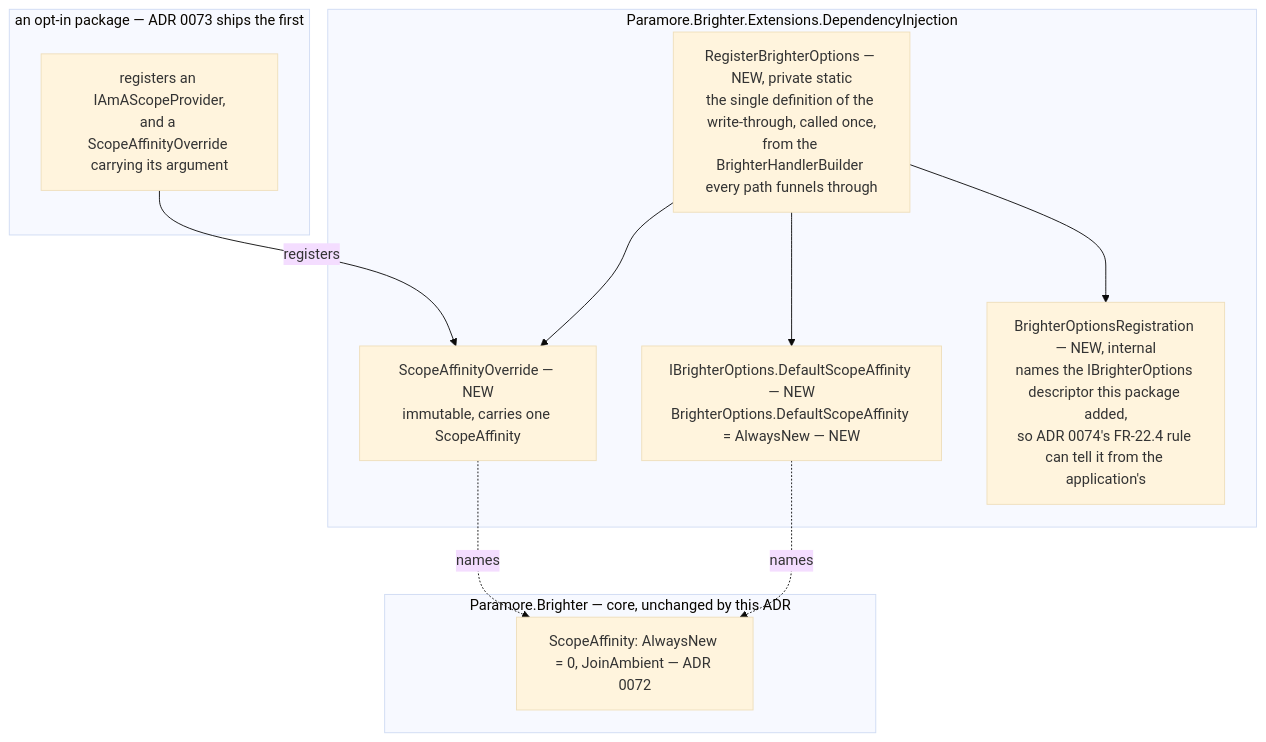
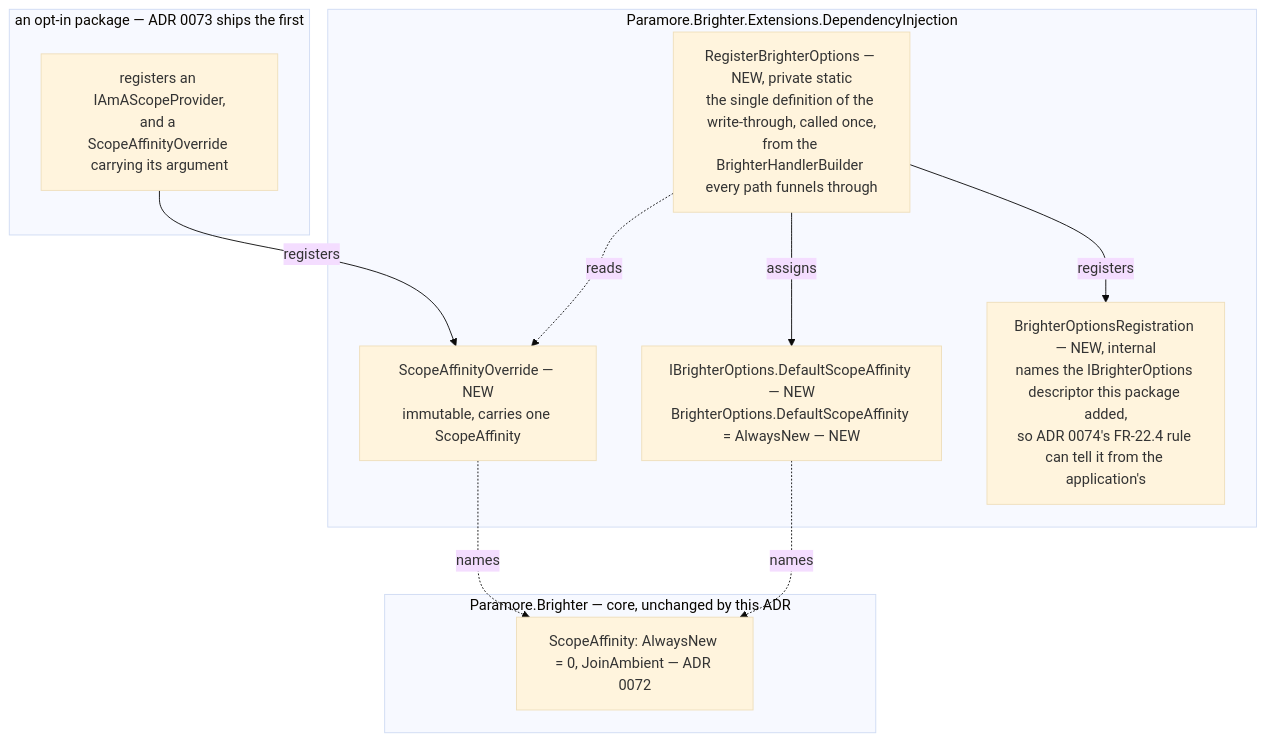
Before and after one commit to BrighterCommand/Brighter: the third of 3 diagrams in docs/adr/0076-scope-affinity-option-and-write-through.md, drawn with Mermaid (base theme). The commit also changed other lines of this file, not shown here.

````diff
--- a/docs/adr/0076-scope-affinity-option-and-write-through.md
+++ b/docs/adr/0076-scope-affinity-option-and-write-through.md
@@ -133,24 +133,24 @@
 ```mermaid
 flowchart TB
     subgraph core["Paramore.Brighter — core, unchanged by this ADR"]
         affinity["ScopeAffinity: AlwaysNew = 0, JoinAmbient — ADR 0072"]
     end
 
     subgraph di["Paramore.Brighter.Extensions.DependencyInjection"]
         opt["IBrighterOptions.DefaultScopeAffinity — NEW<br/>BrighterOptions.DefaultScopeAffinity = AlwaysNew — NEW"]
         ovr["ScopeAffinityOverride — NEW<br/>immutable, carries one ScopeAffinity"]
         reg["RegisterBrighterOptions — NEW, private static<br/>the single definition of the write-through, called once,<br/>from the BrighterHandlerBuilder every path funnels through"]
         rec["BrighterOptionsRegistration — NEW, internal<br/>names the IBrighterOptions descriptor this package added,<br/>so ADR 0074's FR-22.4 rule can tell it from the application's"]
-        reg --> opt
-        reg --> ovr
-        reg --> rec
+        reg -- "assigns" --> opt
+        reg -. "reads" .-> ovr
+        reg -- "registers" --> rec
     end
 
     subgraph optin["an opt-in package — ADR 0073 ships the first"]
         extn["registers an IAmAScopeProvider,<br/>and a ScopeAffinityOverride carrying its argument"]
     end
 
     opt -. "names" .-> affinity
     ovr -. "names" .-> affinity
     extn -- "registers" --> ovr
 ```
````
